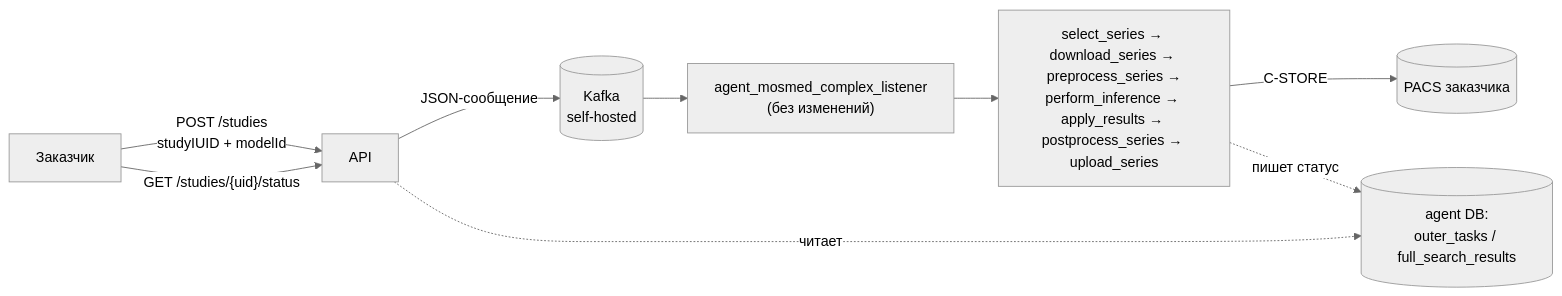
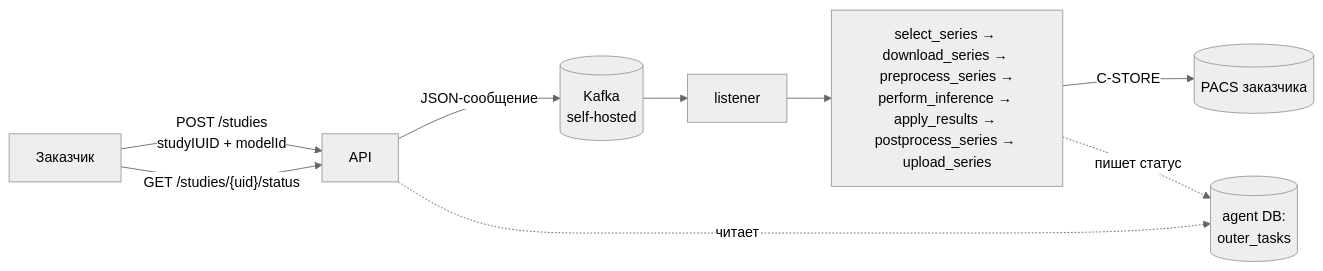
Before and after one commit to G4CHIM4STER/ObsidianVault: the diagram in CoreNotes/Демонстрация интеграции. Сбер.md, drawn with Mermaid (neutral theme). The commit also changed 1 other file, not shown here.

Commit message:
vault backup: 2026-09-02 14:56:07

````diff
--- a/CoreNotes/Демонстрация интеграции. Сбер.md
+++ b/CoreNotes/Демонстрация интеграции. Сбер.md
@@ -19,11 +19,11 @@
 ```mermaid
 flowchart LR
     Client["Заказчик"] -->|"POST /studies<br/>studyIUID + modelId"| API["API"]
     API -->|"JSON-сообщение"| Kafka[("Kafka<br/>self-hosted")]
-    Kafka --> Listener["agent_mosmed_complex_listener<br/>(без изменений)"]
+    Kafka --> Listener["listener<br/>"]
     Listener --> Pipeline["select_series → download_series → preprocess_series →<br/>perform_inference → apply_results → postprocess_series → upload_series"]
     Pipeline -->|"C-STORE"| PACS[("PACS заказчика")]
-    Pipeline -.->|"пишет статус"| DB[("agent DB:<br/>outer_tasks / full_search_results")]
+    Pipeline -.->|"пишет статус"| DB[("agent DB:<br/>outer_tasks")]
     Client -->|"GET /studies/{uid}/status"| API
     API -.->|"читает"| DB
 ```
````
